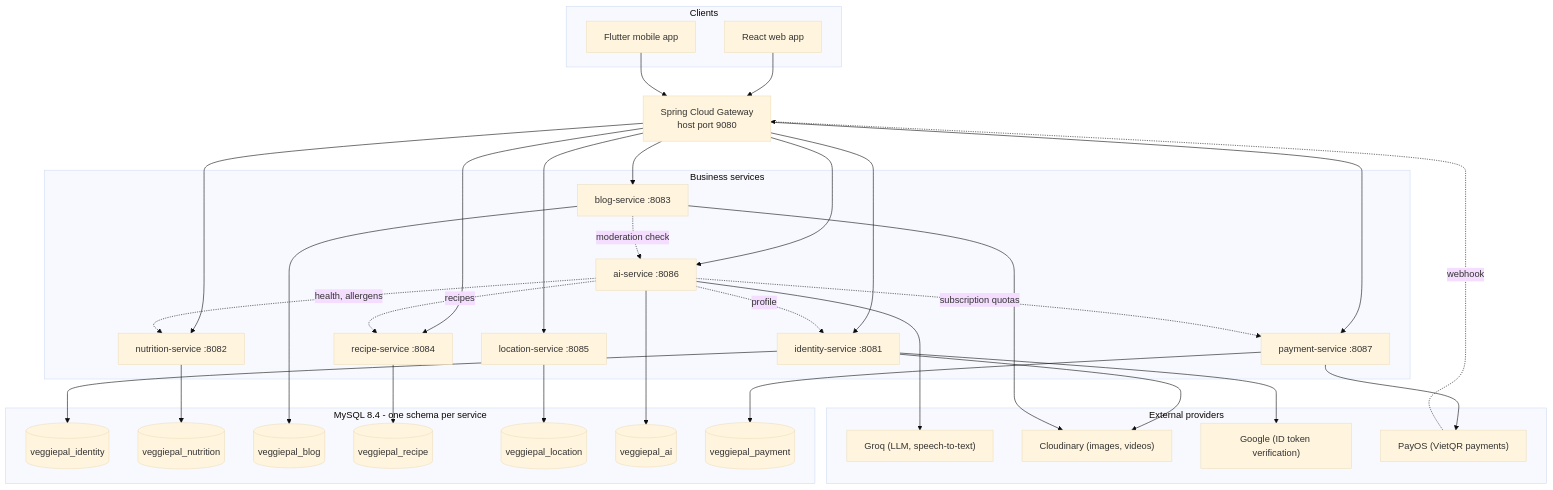
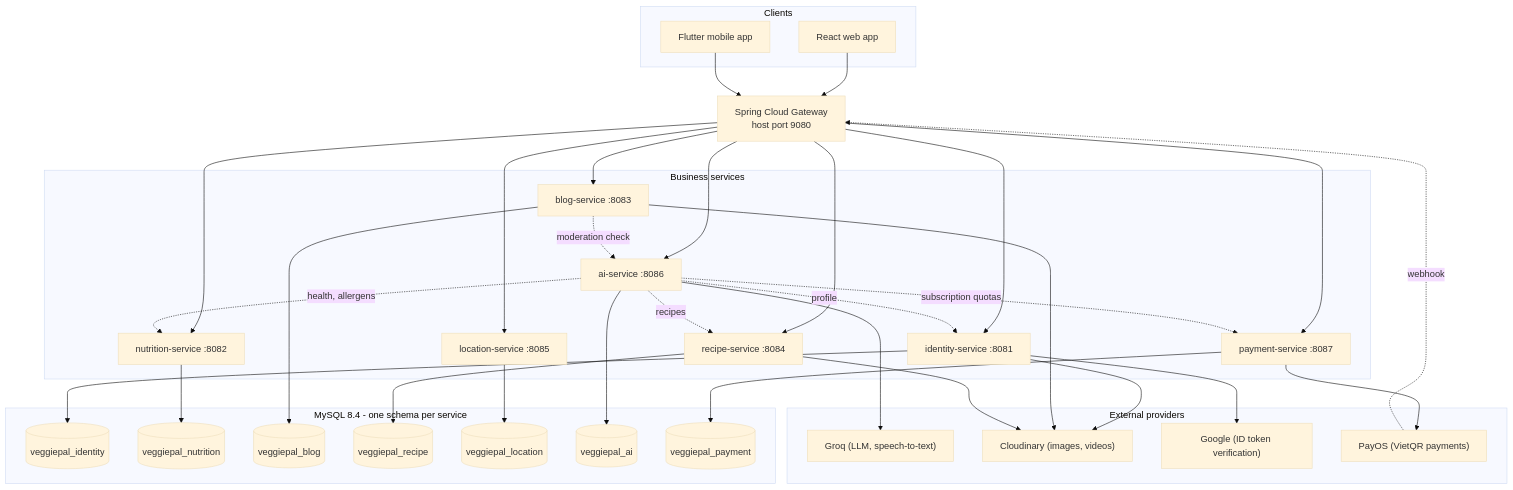
The fourth of 19 diagrams in docs/PRM_CAPSTONE.md (Phu0312/VeggiePal-Microservice), drawn with Mermaid (base theme) before and after one commit. The commit also changed other lines of this file and 170 other files, not shown here.

````diff
--- a/docs/PRM_CAPSTONE.md
+++ b/docs/PRM_CAPSTONE.md
@@ -358,67 +358,68 @@
 ```mermaid
 flowchart TB
     subgraph CL["Clients"]
         WEB["React web app"]
         MOB["Flutter mobile app"]
     end
 
     GW["Spring Cloud Gateway<br/>host port 9080"]
     WEB --> GW
     MOB --> GW
 
     subgraph SV["Business services"]
         ID["identity-service :8081"]
         NU["nutrition-service :8082"]
         BL["blog-service :8083"]
         RE["recipe-service :8084"]
         LO["location-service :8085"]
         AI["ai-service :8086"]
         PA["payment-service :8087"]
     end
 
     GW --> ID
     GW --> NU
     GW --> BL
     GW --> RE
     GW --> LO
     GW --> AI
     GW --> PA
 
     subgraph DB["MySQL 8.4 - one schema per service"]
         D1[("veggiepal_identity")]
         D2[("veggiepal_nutrition")]
         D3[("veggiepal_blog")]
         D4[("veggiepal_recipe")]
         D5[("veggiepal_location")]
         D6[("veggiepal_ai")]
         D7[("veggiepal_payment")]
     end
 
     ID --> D1
     NU --> D2
     BL --> D3
     RE --> D4
     LO --> D5
     AI --> D6
     PA --> D7
 
     AI -. "health, allergens" .-> NU
     AI -. "recipes" .-> RE
     AI -. "profile" .-> ID
     AI -. "subscription quotas" .-> PA
     BL -. "moderation check" .-> AI
 
     subgraph EX["External providers"]
         GQ["Groq (LLM, speech-to-text)"]
         CD["Cloudinary (images, videos)"]
         GO["Google (ID token verification)"]
         PO["PayOS (VietQR payments)"]
     end
 
     AI --> GQ
     ID --> CD
     BL --> CD
+    RE --> CD
     ID --> GO
     PA --> PO
     PO -. "webhook" .-> GW
 ```
````
